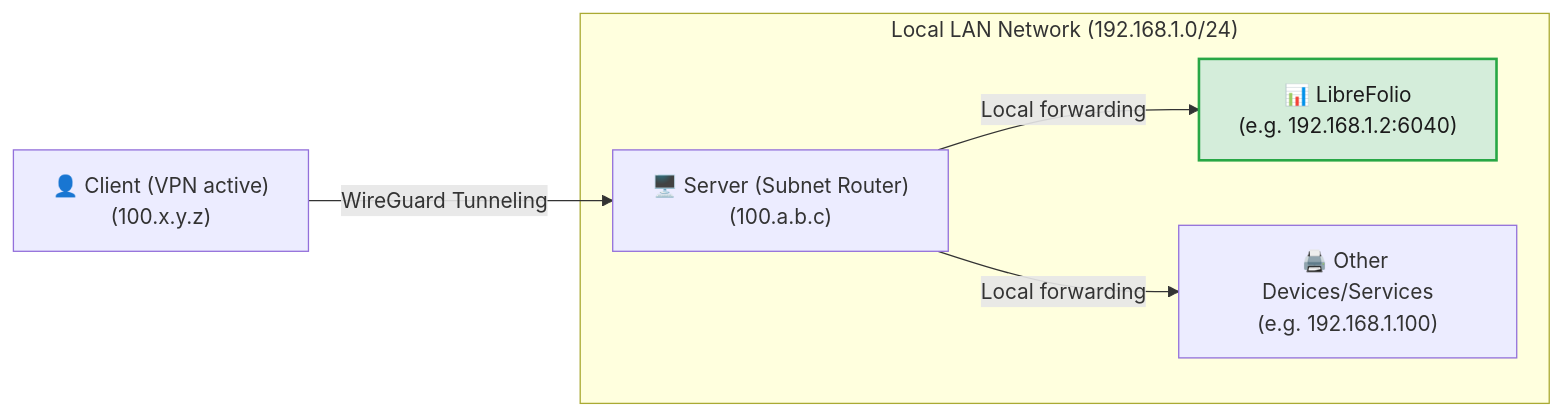
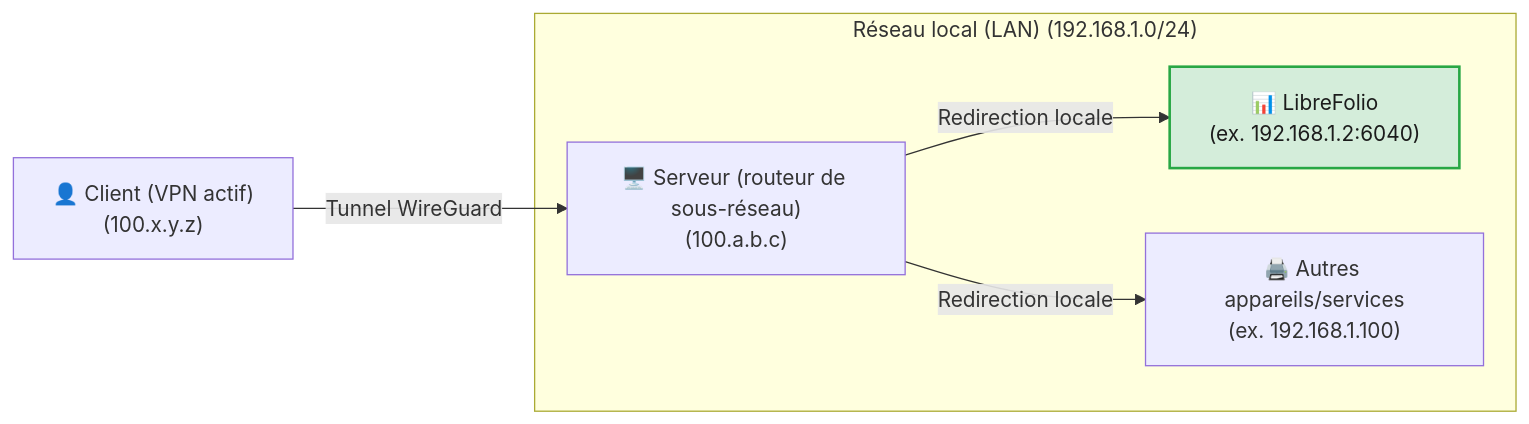
One commit to Librefolio/LibreFolio changed the third of 3 diagrams in mkdocs_src/docs/admin/service_exposure.fr.md. Above: the diagram before and after it, drawn with Mermaid. The commit also changed other lines of this file and 2 other files, not shown here.

````diff
--- a/mkdocs_src/docs/admin/service_exposure.fr.md
+++ b/mkdocs_src/docs/admin/service_exposure.fr.md
@@ -137,9 +139,9 @@
 ```mermaid
 graph LR
-    Client["👤 Client (VPN active)<br>(100.x.y.z)"] -->|WireGuard Tunneling| Server["🖥️ Server (Subnet Router)<br>(100.a.b.c)"]
-    subgraph LAN ["Local LAN Network (192.168.1.0/24)"]
-        Server -->|Local forwarding| LibreFolio["📊 LibreFolio<br>(e.g. 192.168.1.2:6040)"]
-        Server -->|Local forwarding| OtherDevice["🖨️ Other Devices/Services<br>(e.g. 192.168.1.100)"]
+    Client["👤 Client (VPN actif)<br>(100.x.y.z)"] -->|Tunnel WireGuard| Server["🖥️ Serveur (routeur de sous-réseau)<br>(100.a.b.c)"]
+    subgraph LAN ["Réseau local (LAN) (192.168.1.0/24)"]
+        Server -->|Redirection locale| LibreFolio["📊 LibreFolio<br>(ex. 192.168.1.2:6040)"]
+        Server -->|Redirection locale| OtherDevice["🖨️ Autres appareils/services<br>(ex. 192.168.1.100)"]
     end
     style LibreFolio fill:#d4edda,color:#1b1b1b,stroke:#28a745,stroke-width:2px;
 ```
````
